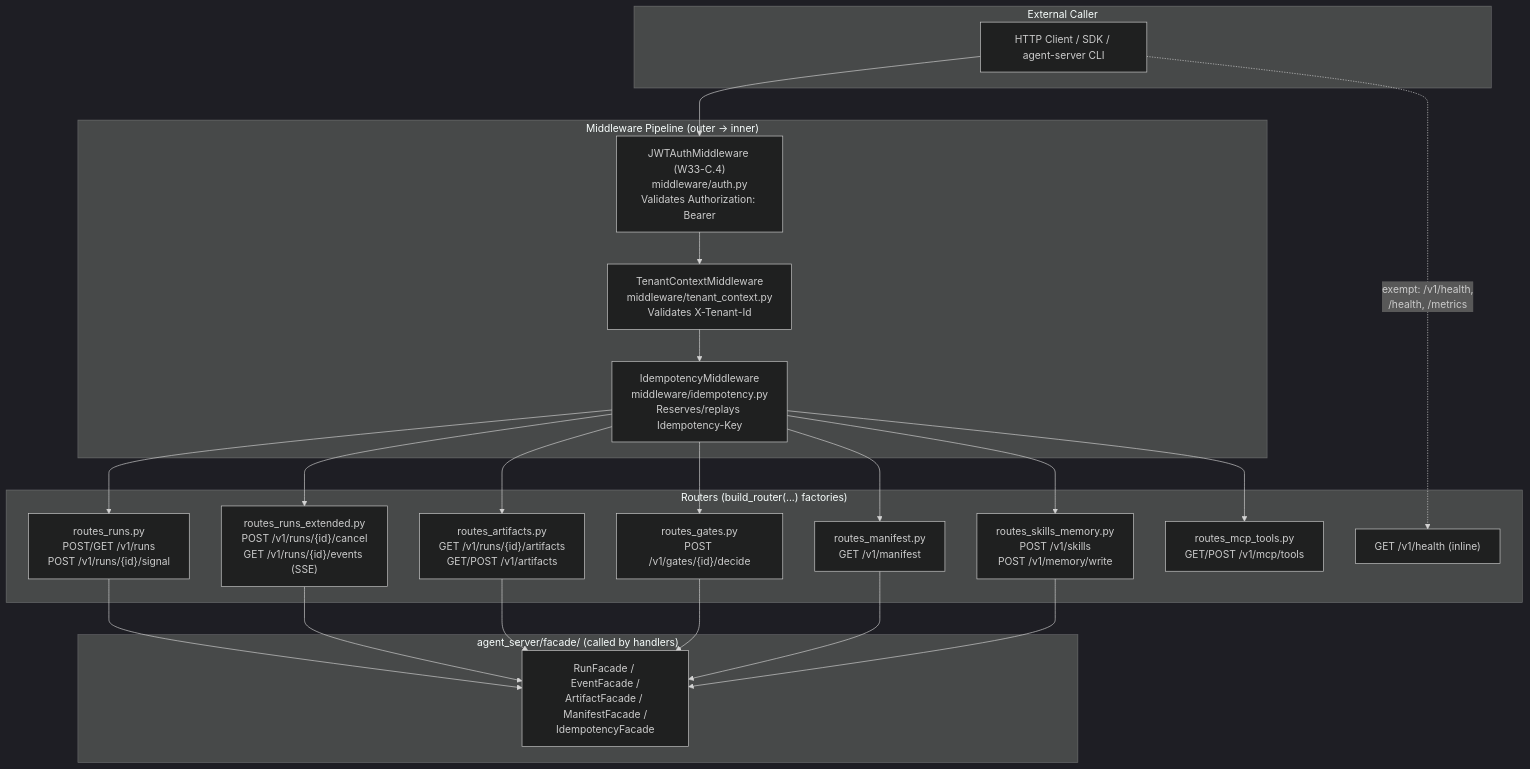
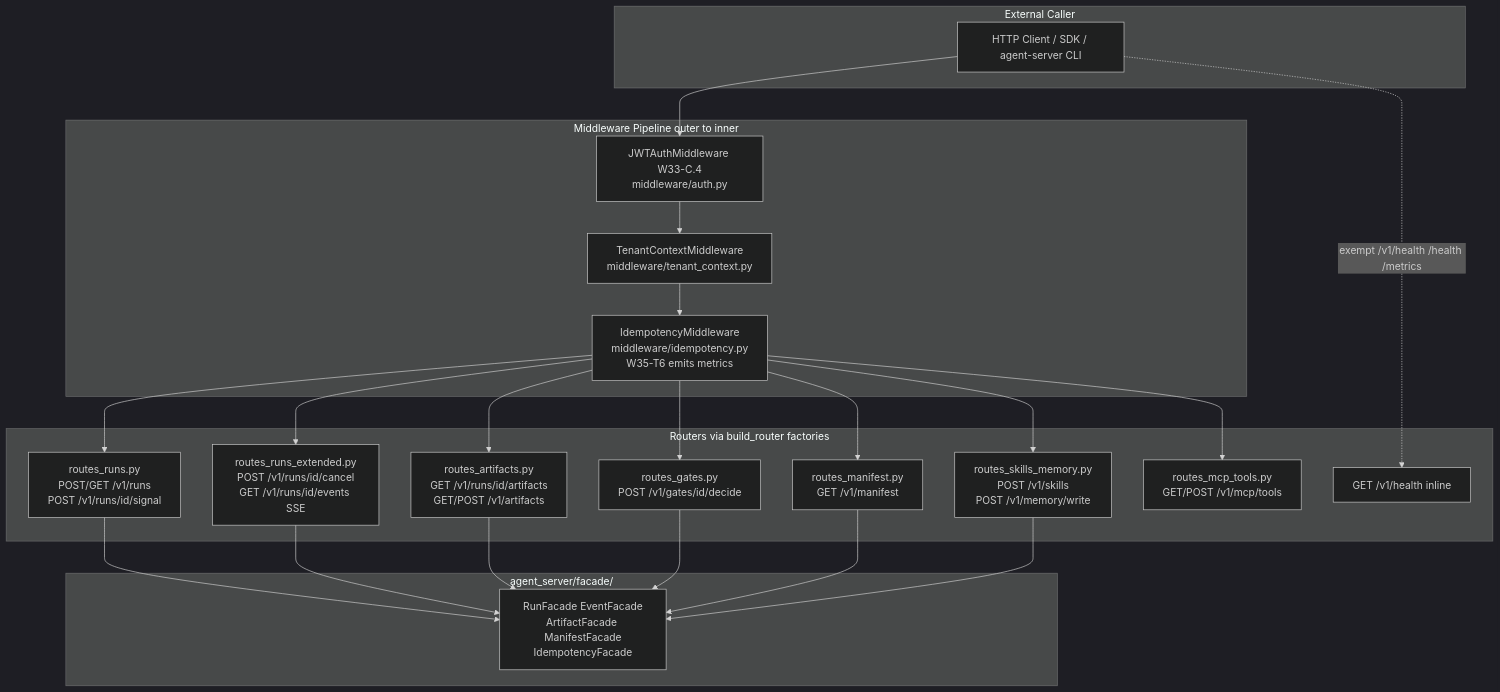
One commit to chaosxingxc-orion/hi-agent changed the first of 3 diagrams in agent_server/api/ARCHITECTURE.md. Above: the diagram before and after it, drawn with Mermaid (dark theme). The commit also changed other lines of this file and 9 other files, not shown here.

````diff
--- a/agent_server/api/ARCHITECTURE.md
+++ b/agent_server/api/ARCHITECTURE.md
@@ -76,46 +52,46 @@
 ```mermaid
 graph TD
-    subgraph CLIENT["External Caller"]
-        HTTPC["HTTP Client / SDK / agent-server CLI"]
+    subgraph CLIENT[External Caller]
+        HTTPC[HTTP Client / SDK / agent-server CLI]
     end
 
-    subgraph MIDDLEWARE["Middleware Pipeline (outer -> inner)"]
-        JWT["JWTAuthMiddleware (W33-C.4)<br/>middleware/auth.py<br/>Validates Authorization: Bearer"]
-        TC["TenantContextMiddleware<br/>middleware/tenant_context.py<br/>Validates X-Tenant-Id"]
-        IDEM["IdempotencyMiddleware<br/>middleware/idempotency.py<br/>Reserves/replays Idempotency-Key"]
+    subgraph MIDDLEWARE[Middleware Pipeline outer to inner]
+        JWT[JWTAuthMiddleware W33-C.4<br/>middleware/auth.py]
+        TC[TenantContextMiddleware<br/>middleware/tenant_context.py]
+        IDEM[IdempotencyMiddleware<br/>middleware/idempotency.py<br/>W35-T6 emits metrics]
     end
 
-    subgraph ROUTERS["Routers (build_router(...) factories)"]
-        RUNS["routes_runs.py<br/>POST/GET /v1/runs<br/>POST /v1/runs/{id}/signal"]
-        RUNX["routes_runs_extended.py<br/>POST /v1/runs/{id}/cancel<br/>GET /v1/runs/{id}/events (SSE)"]
-        ARTS["routes_artifacts.py<br/>GET /v1/runs/{id}/artifacts<br/>GET/POST /v1/artifacts"]
-        GATES["routes_gates.py<br/>POST /v1/gates/{id}/decide"]
-        MANI["routes_manifest.py<br/>GET /v1/manifest"]
-        SKM["routes_skills_memory.py<br/>POST /v1/skills<br/>POST /v1/memory/write"]
-        MCPT["routes_mcp_tools.py<br/>GET/POST /v1/mcp/tools"]
-        HEALTH["GET /v1/health (inline)"]
+    subgraph ROUTERS[Routers via build_router factories]
+        RUNS[routes_runs.py<br/>POST/GET /v1/runs<br/>POST /v1/runs/id/signal]
+        RUNX[routes_runs_extended.py<br/>POST /v1/runs/id/cancel<br/>GET /v1/runs/id/events SSE]
+        ARTS[routes_artifacts.py<br/>GET /v1/runs/id/artifacts<br/>GET/POST /v1/artifacts]
+        GATES[routes_gates.py<br/>POST /v1/gates/id/decide]
+        MANI[routes_manifest.py<br/>GET /v1/manifest]
+        SKM[routes_skills_memory.py<br/>POST /v1/skills<br/>POST /v1/memory/write]
+        MCPT[routes_mcp_tools.py<br/>GET/POST /v1/mcp/tools]
+        HEALTH[GET /v1/health inline]
     end
 
-    subgraph FACADE["agent_server/facade/ (called by handlers)"]
-        F["RunFacade / EventFacade /<br/>ArtifactFacade / ManifestFacade /<br/>IdempotencyFacade"]
+    subgraph FACADE[agent_server/facade/]
+        F[RunFacade EventFacade<br/>ArtifactFacade ManifestFacade<br/>IdempotencyFacade]
     end
 
     HTTPC --> JWT
     JWT --> TC
     TC --> IDEM
     IDEM --> RUNS
     IDEM --> RUNX
     IDEM --> ARTS
     IDEM --> GATES
     IDEM --> MANI
     IDEM --> SKM
     IDEM --> MCPT
-    HTTPC -. "exempt: /v1/health,<br/>/health, /metrics" .-> HEALTH
+    HTTPC -. exempt /v1/health /health /metrics .-> HEALTH
 
     RUNS --> F
     RUNX --> F
     ARTS --> F
     GATES --> F
     MANI --> F
     SKM --> F
 ```
````
